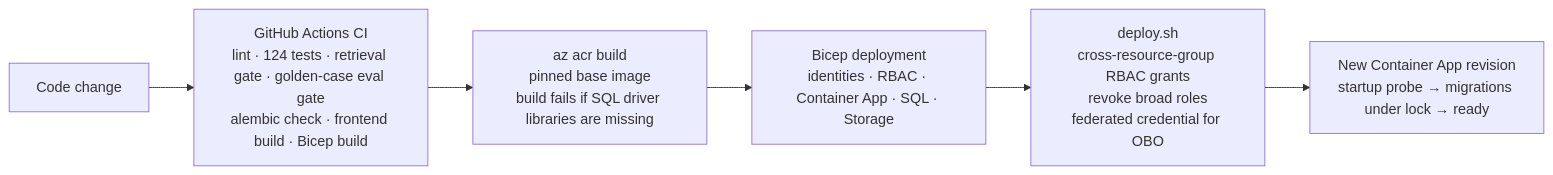
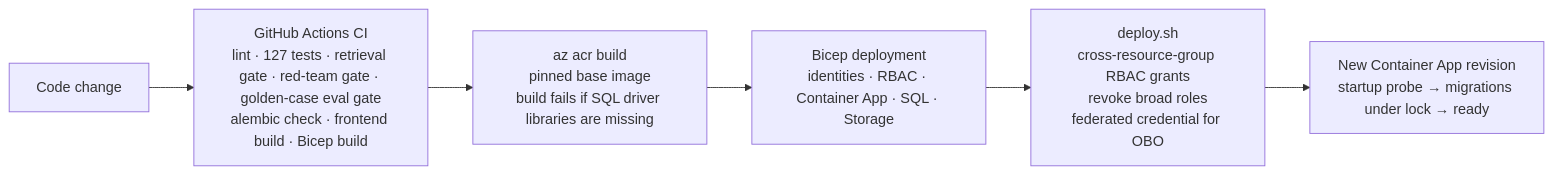
The seventh of 7 diagrams in docs/DIAGRAMS.md (prasadregula/onboardiq), drawn with Mermaid before and after one commit. The commit also changed 9 other files, not shown here.

Commit message:
w6: red-team suite as CI gate - 25 attacks across OWASP LLM01/02/05/06/08/09/10, all contained; fix withheld-field tokenisation

````diff
--- a/docs/DIAGRAMS.md
+++ b/docs/DIAGRAMS.md
@@ -220,8 +220,8 @@
 ```mermaid
 flowchart LR
-    dev["Code change"] --> ci["GitHub Actions CI<br/>lint · 124 tests · retrieval gate · golden-case eval gate<br/>alembic check · frontend build · Bicep build"]
+    dev["Code change"] --> ci["GitHub Actions CI<br/>lint · 127 tests · retrieval gate · red-team gate · golden-case eval gate<br/>alembic check · frontend build · Bicep build"]
     ci --> build["az acr build<br/>pinned base image<br/>build fails if SQL driver libraries are missing"]
     build --> bicep["Bicep deployment<br/>identities · RBAC · Container App · SQL · Storage"]
     bicep --> grants["deploy.sh<br/>cross-resource-group RBAC grants<br/>revoke broad roles<br/>federated credential for OBO"]
     grants --> rev["New Container App revision<br/>startup probe → migrations under lock → ready"]
 ```
````
